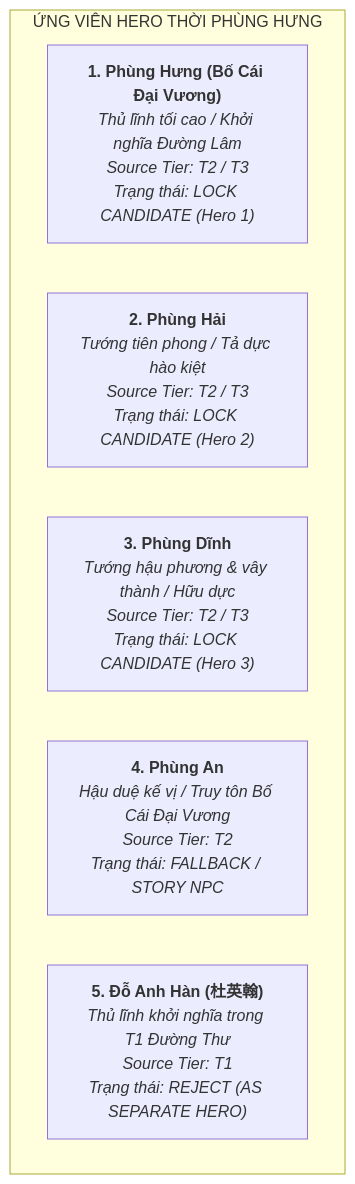
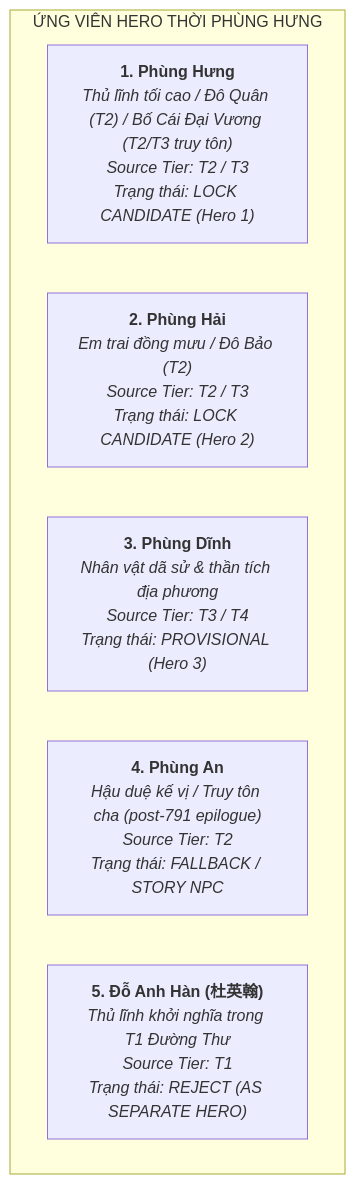
One commit to LightDucan/HuyenSu-TD changed the first of 2 diagrams in docs/drafts/viet-su/phung-hung/roster-selection.md. Above: the diagram before and after it, drawn with Mermaid. The commit also changed other lines of this file and 2 other files, not shown here.

````diff
--- a/docs/drafts/viet-su/phung-hung/roster-selection.md
+++ b/docs/drafts/viet-su/phung-hung/roster-selection.md
@@ -19,10 +20,10 @@
 ```mermaid
 graph TD
     subgraph ỨNG VIÊN HERO THỜI PHÙNG HƯNG
-        H1["<b>1. Phùng Hưng (Bố Cái Đại Vương)</b><br><i>Thủ lĩnh tối cao / Khởi nghĩa Đường Lâm<br>Source Tier: T2 / T3<br>Trạng thái: LOCK CANDIDATE (Hero 1)</i>"]
-        H2["<b>2. Phùng Hải</b><br><i>Tướng tiên phong / Tả dực hào kiệt<br>Source Tier: T2 / T3<br>Trạng thái: LOCK CANDIDATE (Hero 2)</i>"]
-        H3["<b>3. Phùng Dĩnh</b><br><i>Tướng hậu phương & vây thành / Hữu dực<br>Source Tier: T2 / T3<br>Trạng thái: LOCK CANDIDATE (Hero 3)</i>"]
-        H4["<b>4. Phùng An</b><br><i>Hậu duệ kế vị / Truy tôn Bố Cái Đại Vương<br>Source Tier: T2<br>Trạng thái: FALLBACK / STORY NPC</i>"]
+        H1["<b>1. Phùng Hưng</b><br><i>Thủ lĩnh tối cao / Đô Quân (T2) / Bố Cái Đại Vương (T2/T3 truy tôn)<br>Source Tier: T2 / T3<br>Trạng thái: LOCK CANDIDATE (Hero 1)</i>"]
+        H2["<b>2. Phùng Hải</b><br><i>Em trai đồng mưu / Đô Bảo (T2)<br>Source Tier: T2 / T3<br>Trạng thái: LOCK CANDIDATE (Hero 2)</i>"]
+        H3["<b>3. Phùng Dĩnh</b><br><i>Nhân vật dã sử & thần tích địa phương<br>Source Tier: T3 / T4<br>Trạng thái: PROVISIONAL (Hero 3)</i>"]
+        H4["<b>4. Phùng An</b><br><i>Hậu duệ kế vị / Truy tôn cha (post-791 epilogue)<br>Source Tier: T2<br>Trạng thái: FALLBACK / STORY NPC</i>"]
         H5["<b>5. Đỗ Anh Hàn (杜英翰)</b><br><i>Thủ lĩnh khởi nghĩa trong T1 Đường Thư<br>Source Tier: T1<br>Trạng thái: REJECT (AS SEPARATE HERO)</i>"]
     end
 ```
````
